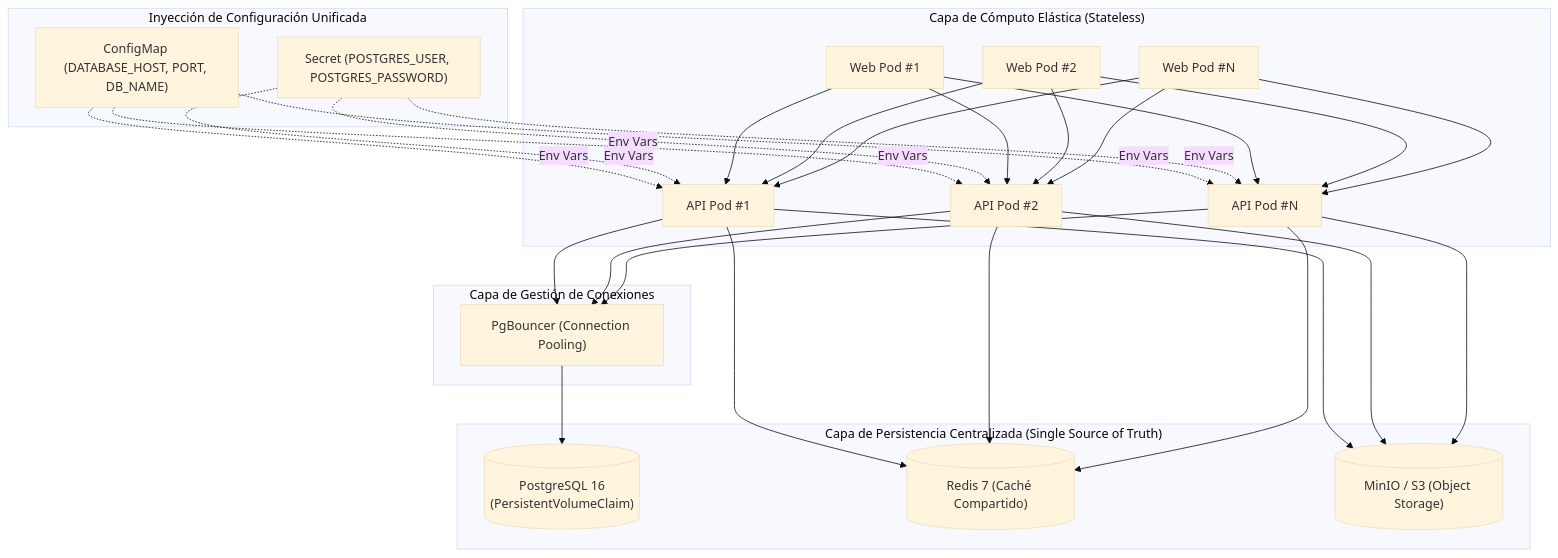
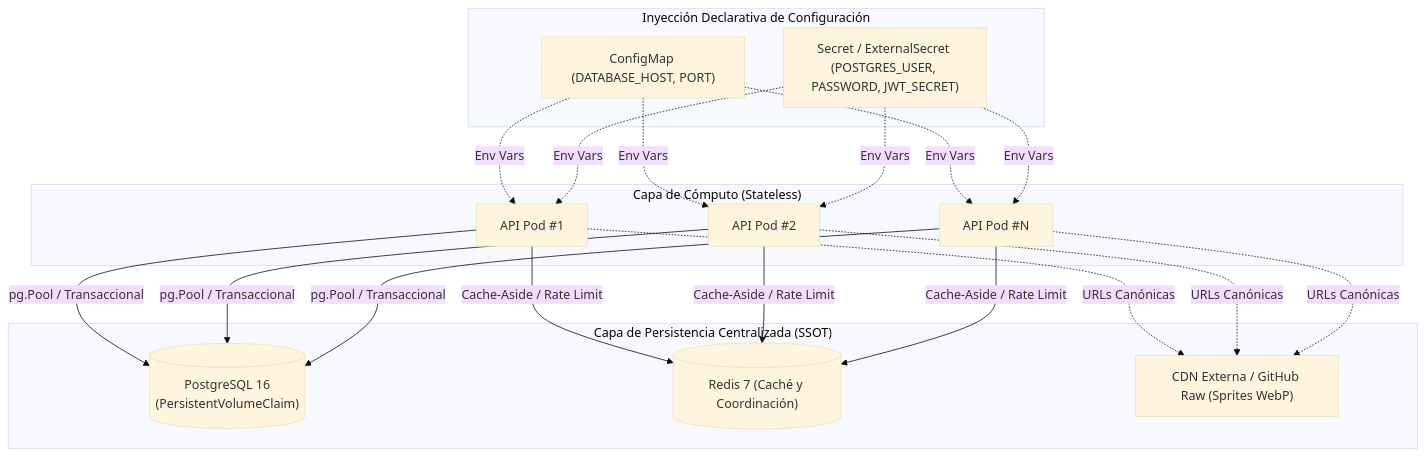
Before and after one commit to rocapellino/pokedex: the second of 2 diagrams in docs/architecture/KUBERNETES_SCALING_ANALYSIS.md, drawn with Mermaid (base theme). The commit also changed other lines of this file and 30 other files, not shown here.

````diff
--- a/docs/architecture/KUBERNETES_SCALING_ANALYSIS.md
+++ b/docs/architecture/KUBERNETES_SCALING_ANALYSIS.md
@@ -76,35 +73,26 @@
 ```mermaid
 flowchart TD
-    subgraph StatelessLayer["Capa de Cómputo Elástica (Stateless)"]
-        W1["Web Pod #1"]
-        W2["Web Pod #2"]
-        WN["Web Pod #N"]
+    subgraph StatelessLayer["Capa de Cómputo (Stateless)"]
         A1["API Pod #1"]
         A2["API Pod #2"]
         AN["API Pod #N"]
     end
 
-    subgraph ConfigLayer["Inyección de Configuración Unificada"]
-        CM["ConfigMap (DATABASE_HOST, PORT, DB_NAME)"]
-        SEC["Secret (POSTGRES_USER, POSTGRES_PASSWORD)"]
+    subgraph ConfigLayer["Inyección Declarativa de Configuración"]
+        CM["ConfigMap (DATABASE_HOST, PORT)"]
+        SEC["Secret / ExternalSecret (POSTGRES_USER, PASSWORD, JWT_SECRET)"]
     end
 
-    subgraph PoolingLayer["Capa de Gestión de Conexiones"]
-        PGB["PgBouncer (Connection Pooling)"]
-    end
-
-    subgraph StatefulLayer["Capa de Persistencia Centralizada (Single Source of Truth)"]
+    subgraph StatefulLayer["Capa de Persistencia Centralizada (SSOT)"]
         PG[("PostgreSQL 16\n(PersistentVolumeClaim)")]
-        RD[("Redis 7 (Caché Compartido)")]
-        MIN[("MinIO / S3 (Object Storage)")]
+        RD[("Redis 7 (Caché y Coordinación)")]
+        CDN["CDN Externa / GitHub Raw (Sprites WebP)"]
     end
 
     CM -.->|Env Vars| A1 & A2 & AN
     SEC -.->|Env Vars| A1 & A2 & AN
-    
-    W1 & W2 & WN --> A1 & A2 & AN
-    A1 & A2 & AN --> PGB
-    PGB --> PG
-    A1 & A2 & AN --> RD
-    A1 & A2 & AN --> MIN
+
+    A1 & A2 & AN -->|pg.Pool / Transaccional| PG
+    A1 & A2 & AN -->|Cache-Aside / Rate Limit| RD
+    A1 & A2 & AN -.->|URLs Canónicas| CDN
 ```
````
